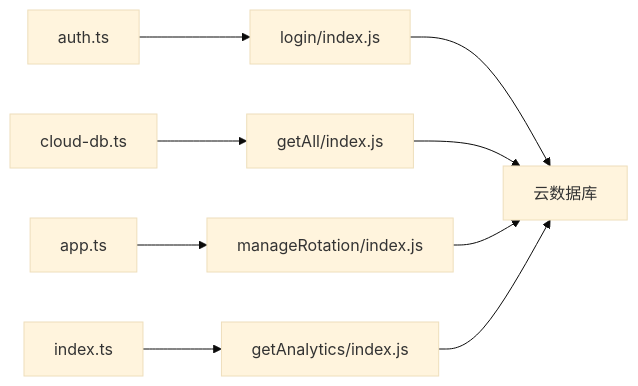
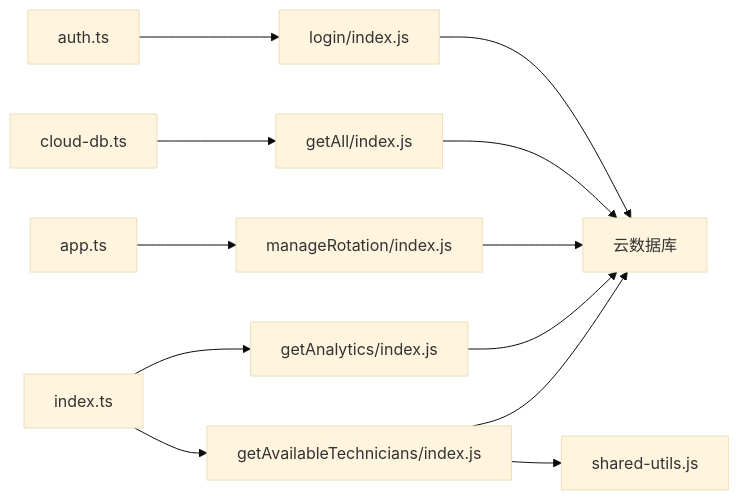
Before and after one commit to xwHoward/padoo-consulation-printer: the tenth of 10 diagrams in .qoder/repowiki/zh/content/测试与部署/测试策略.md, drawn with Mermaid (base theme). The commit also changed other lines of this file and 21 other files, not shown here.

````diff
--- a/.qoder/repowiki/zh/content/测试与部署/测试策略.md
+++ b/.qoder/repowiki/zh/content/测试与部署/测试策略.md
@@ -331,11 +385,14 @@
 ```mermaid
 graph LR
 AUTH["auth.ts"] --> CF_LOGIN["login/index.js"]
 CLOUDDB["cloud-db.ts"] --> CF_GETALL["getAll/index.js"]
 APP["app.ts"] --> CF_ROT["manageRotation/index.js"]
 PAGEIDX["index.ts"] --> CF_ANALYTICS["getAnalytics/index.js"]
+PAGEIDX --> CF_TECH["getAvailableTechnicians/index.js"]
 CF_LOGIN --> DB["云数据库"]
 CF_GETALL --> DB
 CF_ROT --> DB
 CF_ANALYTICS --> DB
+CF_TECH --> DB
+CF_TECH --> SHARED["shared-utils.js"]
 ```
````
